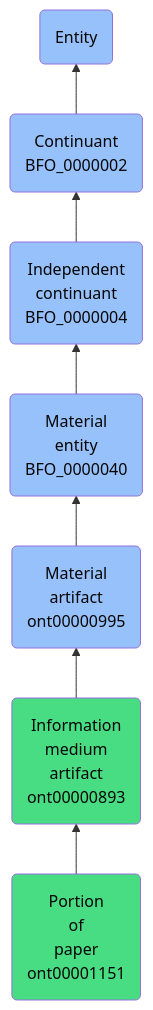
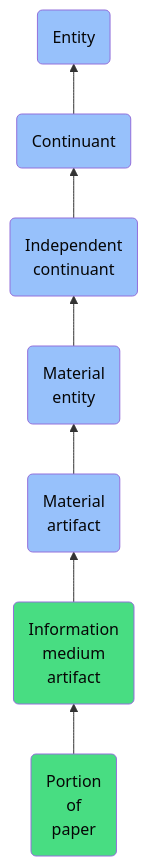
The diagram in docs/ontology/reference/model/Entity/Continuant/Independent continuant/Material entity/Material artifact/Information medium artifact/Portion of paper/Portion of paper.md (jupyter-naas/abi), drawn with Mermaid before and after one commit. The commit also changed other lines of this file and 1430 other files, not shown here.

````diff
--- a/docs/ontology/reference/model/Entity/Continuant/Independent continuant/Material entity/Material artifact/Information medium artifact/Portion of paper/Portion of paper.md
+++ b/docs/ontology/reference/model/Entity/Continuant/Independent continuant/Material entity/Material artifact/Information medium artifact/Portion of paper/Portion of paper.md
@@ -24,14 +24,14 @@
 ```mermaid
 graph BT
-    ont00001151(Portion<br>of<br>paper<br>ont00001151):::ABI-->ont00000893
-    ont00000893(Information<br>medium<br>artifact<br>ont00000893):::ABI-->ont00000995
-    ont00000995(Material<br>artifact<br>ont00000995):::BFO-->BFO_0000040
-    BFO_0000040(Material<br>entity<br>BFO_0000040):::BFO-->BFO_0000004
-    BFO_0000004(Independent<br>continuant<br>BFO_0000004):::BFO-->BFO_0000002
-    BFO_0000002(Continuant<br>BFO_0000002):::BFO-->BFO_0000001
+    ont00001151(Portion<br>of<br>paper):::ABI-->ont00000893
+    ont00000893(Information<br>medium<br>artifact):::ABI-->ont00000995
+    ont00000995(Material<br>artifact):::BFO-->BFO_0000040
+    BFO_0000040(Material<br>entity):::BFO-->BFO_0000004
+    BFO_0000004(Independent<br>continuant):::BFO-->BFO_0000002
+    BFO_0000002(Continuant):::BFO-->BFO_0000001
     BFO_0000001(Entity):::BFO
     
     classDef BFO fill:#97c1fb,color:#060606
     classDef CCO fill:#e4c51e,color:#060606
     classDef ABI fill:#48DD82,color:#060606
 ```
````
